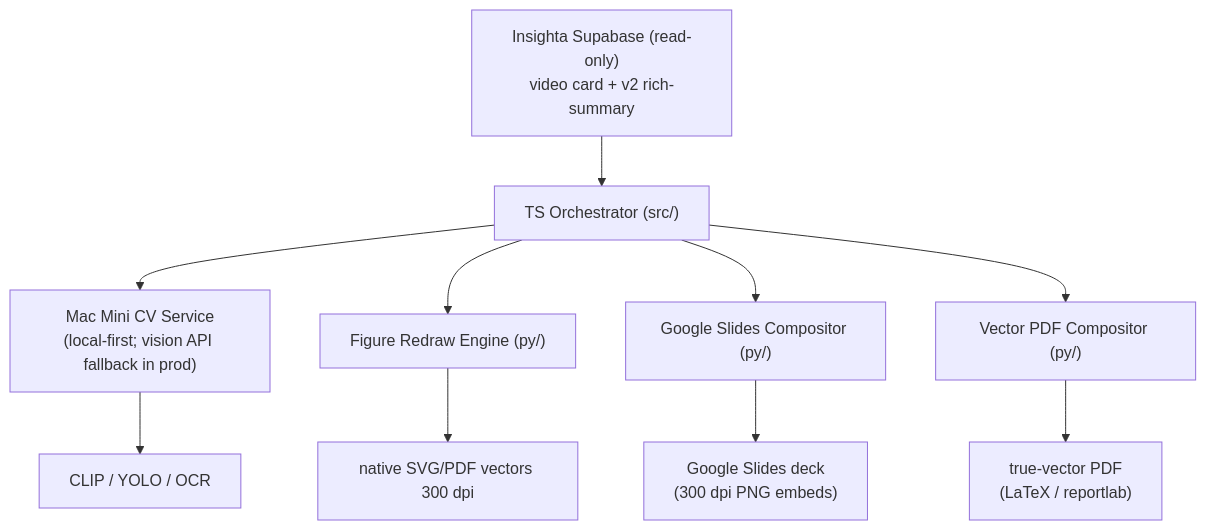
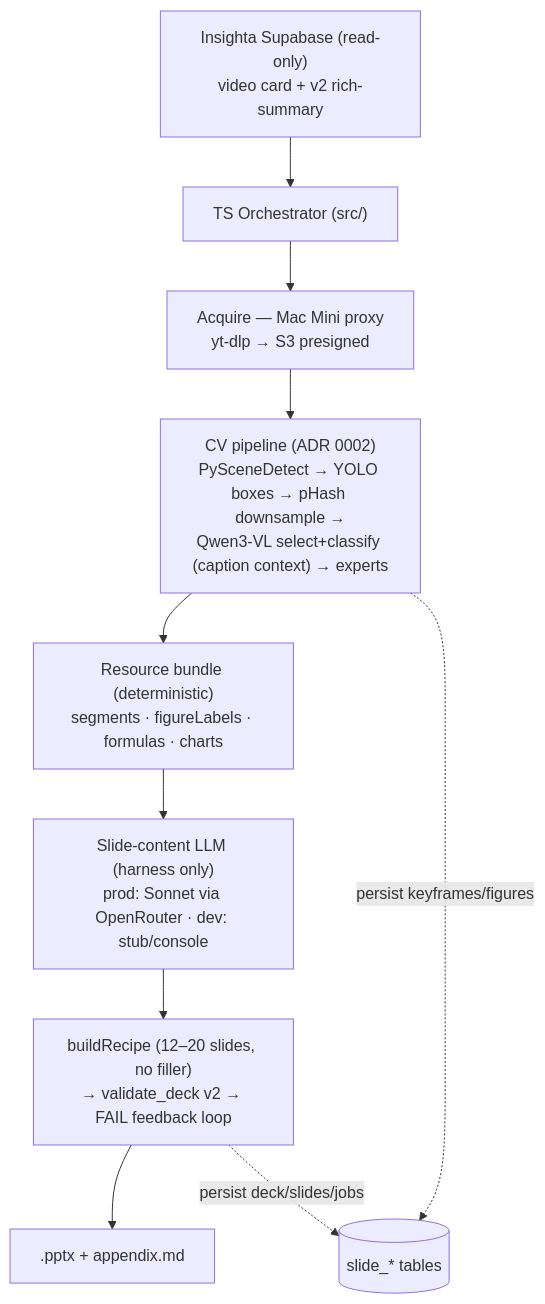
One commit to JK42JJ/insighta-slidegen changed the diagram in README.md. Above: the diagram before and after it, drawn with Mermaid. The commit also changed other lines of this file and 4 other files, not shown here.

First line of the commit message:
docs(adr): ADR 0003 — single-video MVP: pptx output, prod-path LLM extraction, acquire proxy

````diff
--- a/README.md
+++ b/README.md
@@ -27,23 +30,16 @@
 ```mermaid
 flowchart TD
     DB["Insighta Supabase (read-only)<br/>video card + v2 rich-summary"]
     ORCH["TS Orchestrator (src/)"]
-    CV["Mac Mini CV Service<br/>(local-first; vision API fallback in prod)"]
-    CLIP["CLIP / YOLO / OCR"]
-    REDRAW["Figure Redraw Engine (py/)"]
-    SVG["native SVG/PDF vectors 300 dpi"]
-    SLIDES_COMP["Google Slides Compositor (py/)"]
-    SLIDES_OUT["Google Slides deck<br/>(300 dpi PNG embeds)"]
-    PDF_COMP["Vector PDF Compositor (py/)"]
-    PDF_OUT["true-vector PDF<br/>(LaTeX / reportlab)"]
+    ACQ["Acquire — Mac Mini proxy<br/>yt-dlp → S3 presigned"]
+    CV["CV pipeline (ADR 0002)<br/>PySceneDetect → YOLO boxes → pHash downsample →<br/>Qwen3-VL select+classify (caption context) → experts"]
+    BUNDLE["Resource bundle (deterministic)<br/>segments · figureLabels · formulas · charts"]
+    LLM["Slide-content LLM (harness only)<br/>prod: Sonnet via OpenRouter · dev: stub/console"]
+    BUILD["buildRecipe (12–20 slides, no filler)<br/>→ validate_deck v2 → FAIL feedback loop"]
+    OUT[".pptx + appendix.md"]
 
     DB --> ORCH
-    ORCH --> CV
-    CV --> CLIP
-    ORCH --> REDRAW
-    REDRAW --> SVG
-    ORCH --> SLIDES_COMP
-    SLIDES_COMP --> SLIDES_OUT
-    ORCH --> PDF_COMP
-    PDF_COMP --> PDF_OUT
+    ORCH --> ACQ --> CV --> BUNDLE --> LLM --> BUILD --> OUT
+    CV -.persist keyframes/figures.-> DB2[("slide_* tables")]
+    BUILD -.persist deck/slides/jobs.-> DB2
 ```
````
